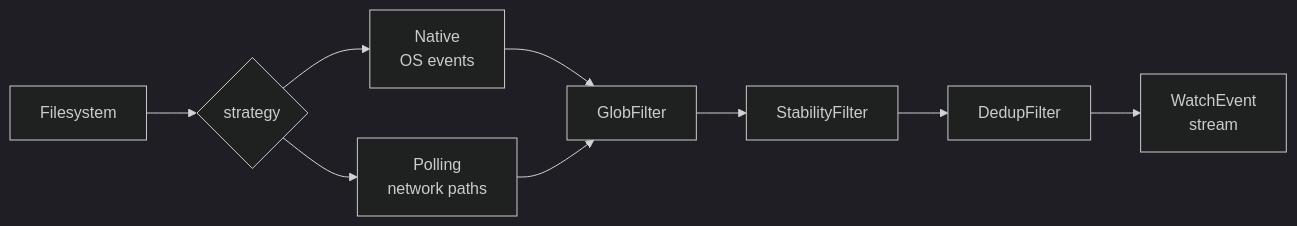
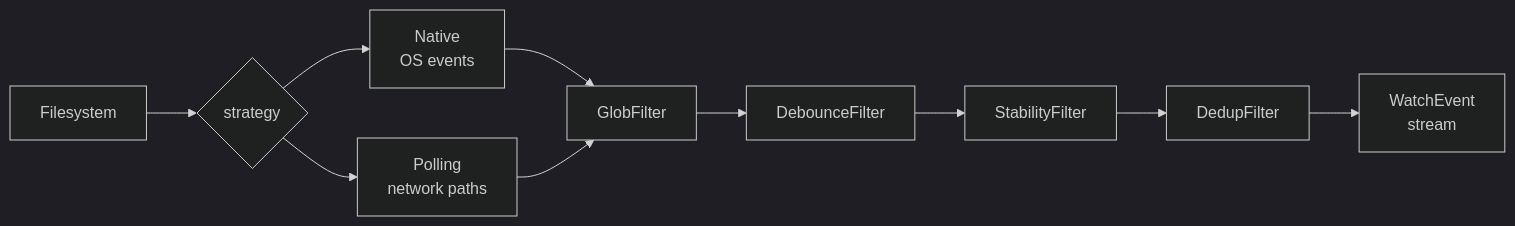
One commit to rickylabs/netscript changed the diagram in packages/watchers/README.md. Above: the diagram before and after it, drawn with Mermaid (dark theme). The commit also changed other lines of this file and 8 other files, not shown here.

````diff
--- a/packages/watchers/README.md
+++ b/packages/watchers/README.md
@@ -38,7 +38,7 @@
 ```mermaid
 flowchart LR
     FS["Filesystem"] --> S{"strategy"}
     S --> N["Native<br/>OS events"]
     S --> P["Polling<br/>network paths"]
-    N & P --> G["GlobFilter"] --> ST["StabilityFilter"] --> D["DedupFilter"] --> E["WatchEvent<br/>stream"]
+    N & P --> G["GlobFilter"] --> DB["DebounceFilter"] --> ST["StabilityFilter"] --> D["DedupFilter"] --> E["WatchEvent<br/>stream"]
 ```
````
